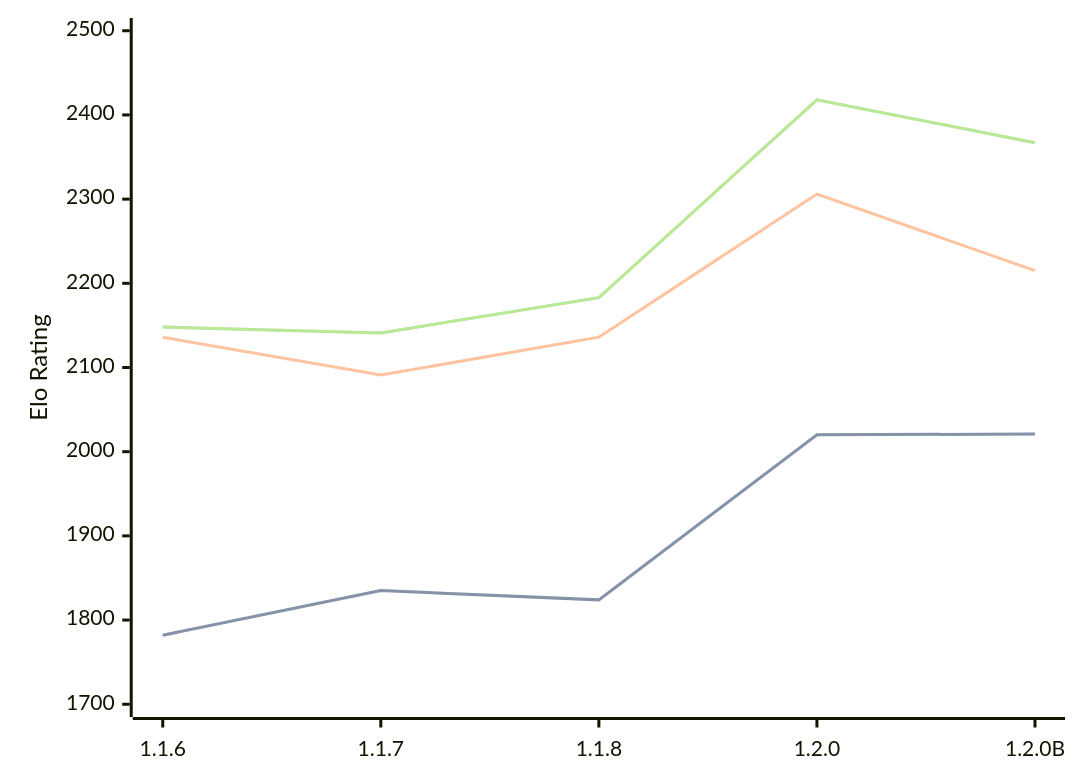
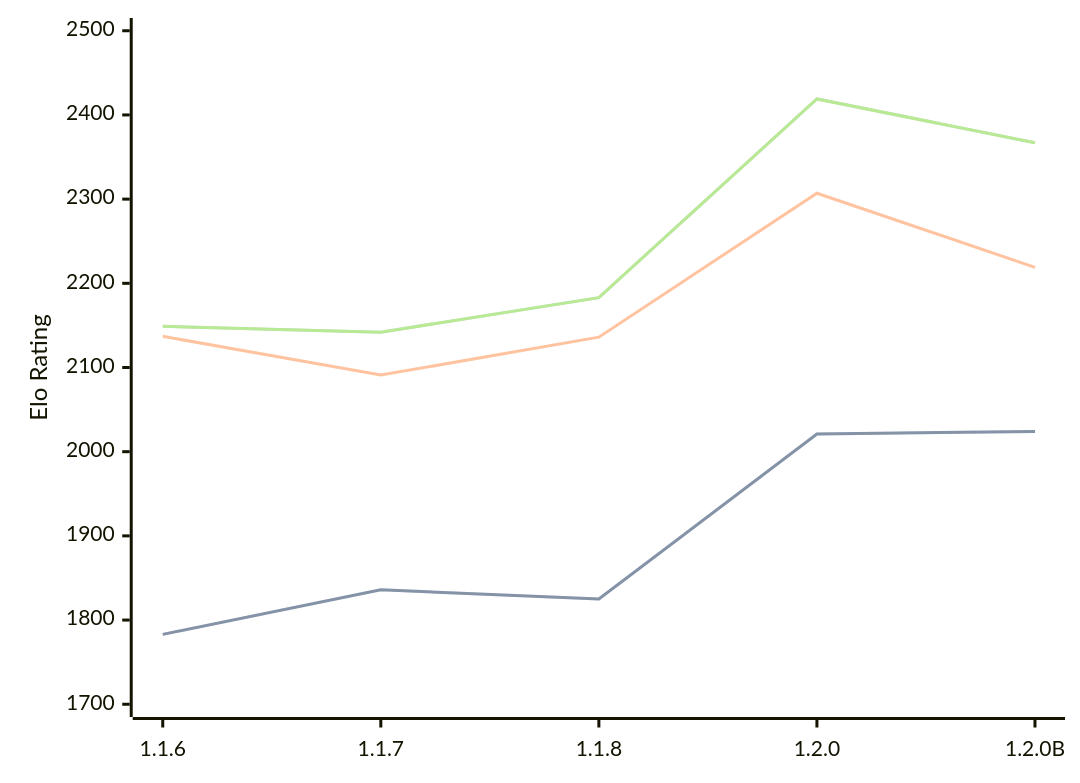
The diagram in engines/Soomi.md (computer-chess-index/cci), drawn with Mermaid before and after one commit. The commit also changed other lines of this file, not shown here.

Commit message:
Update CCI Ratings (ELO VLTC) - 2026-07-25

````diff
--- a/engines/Soomi.md
+++ b/engines/Soomi.md
@@ -35,11 +35,11 @@
 ```mermaid
 %%{init: {"theme":"base","themeVariables":{"seriesColors:['#a3a3a3','#222221','#faa371']}}}%%
 xychart-beta
   x-axis ["1.1.6", "1.1.7", "1.1.8", "1.2.0", "1.2.0B"]
   y-axis "Elo Rating" 1700 --> 2500
-  line "STC (8.0+0.08s)" [1782, 1835, 1824, 2020, 2021]
-  line "STC (8.0+0.08s)" [1782, 1835, 1824, 2020, 2021]
-  line "LTC (60.0+0.60s)" [2136, 2091, 2136, 2306, 2215]
-  line "VLTC (2m24s+1.12s)" [2148, 2141, 2183, 2418, 2367]
-  line "VLTC (2m24s+1.12s)" [2148, 2141, 2183, 2418, 2367]
+  line "STC (8.0+0.08s)" [1783, 1836, 1825, 2021, 2024]
+  line "STC (8.0+0.08s)" [1783, 1836, 1825, 2021, 2024]
+  line "LTC (60.0+0.60s)" [2137, 2091, 2136, 2307, 2219]
+  line "VLTC (2m24s+1.12s)" [2149, 2142, 2183, 2419, 2367]
+  line "VLTC (2m24s+1.12s)" [2149, 2142, 2183, 2419, 2367]
 ```
````
